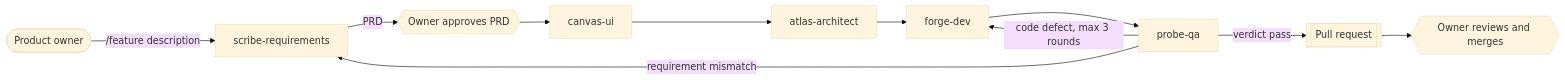
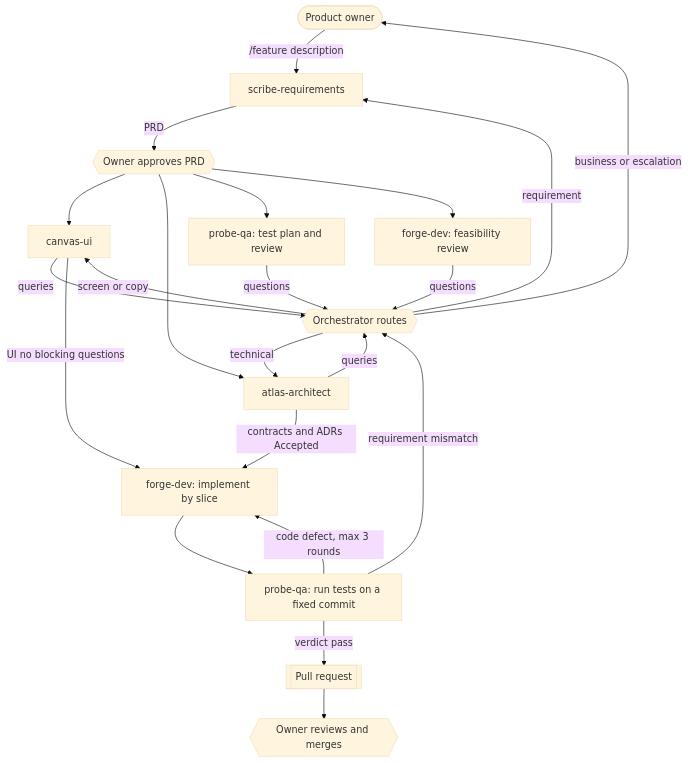
The diagram in docs/process/README.md (cuongtq4998/banhapp), drawn with Mermaid (base theme) before and after one commit. The commit also changed other lines of this file and 5 other files, not shown here.

````diff
--- a/docs/process/README.md
+++ b/docs/process/README.md
@@ -19,13 +19,24 @@
 ```mermaid
-flowchart LR
+flowchart TD
   Owner([Product owner]) -->|/feature description| Req[scribe-requirements]
   Req -->|PRD| G1{{Owner approves PRD}}
   G1 --> UI[canvas-ui]
-  UI --> Arch[atlas-architect]
-  Arch --> Dev[forge-dev]
-  Dev --> QA[probe-qa]
+  G1 --> Arch[atlas-architect]
+  G1 --> QA0[probe-qa: test plan and review]
+  G1 --> Dev0[forge-dev: feasibility review]
+  Dev0 -->|questions| Router{{Orchestrator routes}}
+  QA0 -->|questions| Router
+  Arch -->|queries| Router
+  UI -->|queries| Router
+  Router -->|requirement| Req
+  Router -->|screen or copy| UI
+  Router -->|technical| Arch
+  Router -->|business or escalation| Owner
+  Arch -->|contracts and ADRs Accepted| Dev[forge-dev: implement by slice]
+  UI -->|UI no blocking questions| Dev
+  Dev --> QA[probe-qa: run tests on a fixed commit]
   QA -->|code defect, max 3 rounds| Dev
-  QA -->|requirement mismatch| Req
+  QA -->|requirement mismatch| Router
   QA -->|verdict pass| PR[[Pull request]]
   PR --> G2{{Owner reviews and merges}}
 ```
````
